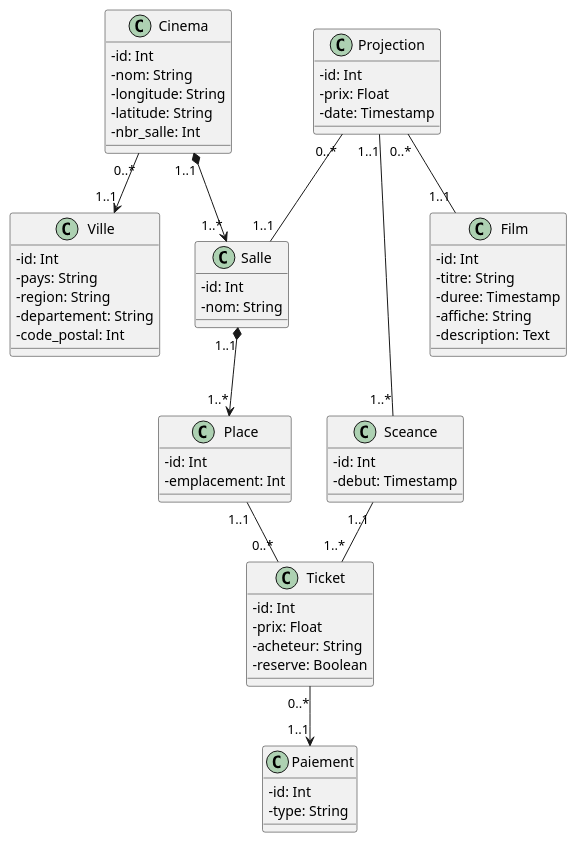
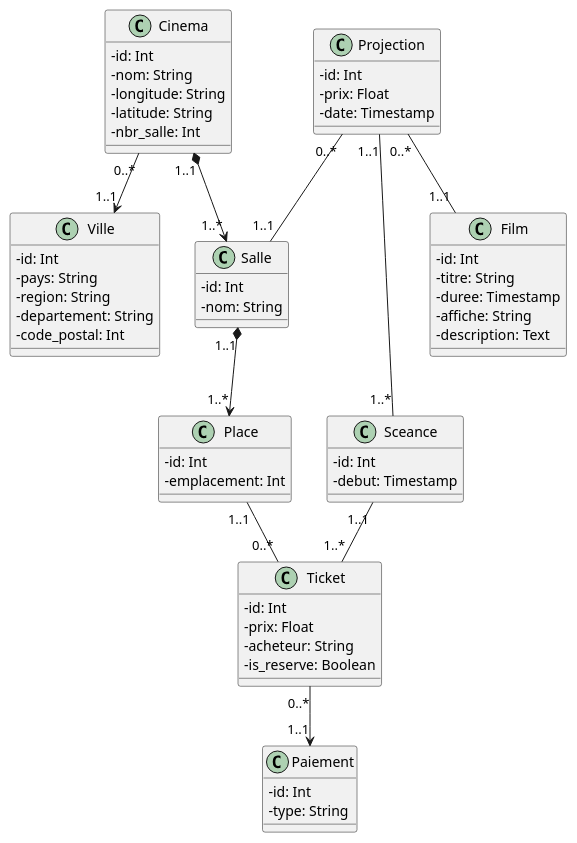
The diagram in Conception/class.puml (TeissierYannis/cinema), drawn with PlantUML before and after one commit. The commit also changed 21 other files, not shown here.

```diff
--- a/Conception/class.puml
+++ b/Conception/class.puml
@@ -1,76 +1,76 @@
 @startuml
 
 skinparam classAttributeIconSize 0
 
 class Cinema {
     - id: Int
     - nom: String
     - longitude: String
     - latitude: String
     - nbr_salle: Int
 }
 
 class Salle {
     - id: Int
     - nom: String
 }
 
 class Place {
     - id: Int
     - emplacement: Int
 }
 
 class Projection {
     - id: Int
     - prix: Float
     - date: Timestamp
 }
 
 class Sceance {
     - id: Int
     - debut: Timestamp
 }
 
 class Ticket {
     - id: Int
     - prix: Float
     - acheteur: String
-    - reserve: Boolean
+    - is_reserve: Boolean
 }
 
 class Film {
     - id: Int
     - titre: String
     - duree: Timestamp
     - affiche: String
     - description: Text
 }
 
 class Ville {
  - id: Int
  - pays: String
  - region: String
  - departement: String
  - code_postal: Int
 }
 
 class Paiement {
     - id: Int
     - type: String
 }
 
 Cinema "1..1" *--> "1..*" Salle
 Cinema "0..*" --> "1..1" Ville
 
 Projection "0..*" -- "1..1" Salle
 Projection "0..*" -- "1..1" Film
 Projection "1..1" -- "1..*" Sceance
 
 Salle "1..1" *--> "1..*" Place
 
 Sceance "1..1" -- "1..*" Ticket
 Place "1..1" -- "0..*" Ticket
 
 Ticket "0..*" --> "1..1" Paiement
 
 @enduml
```
